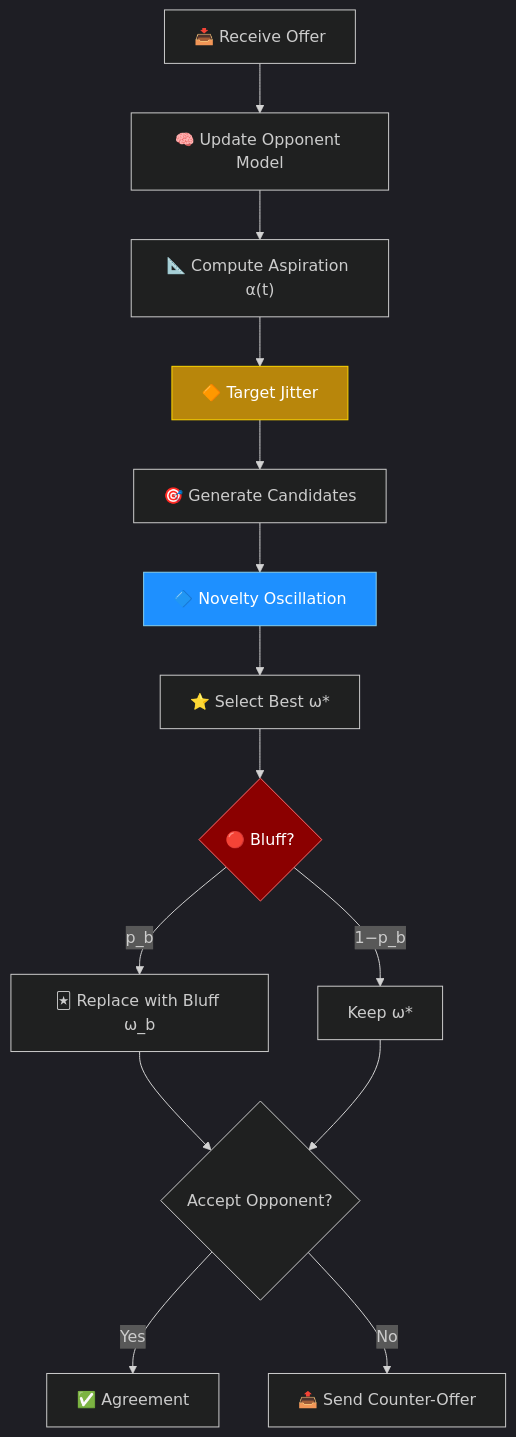
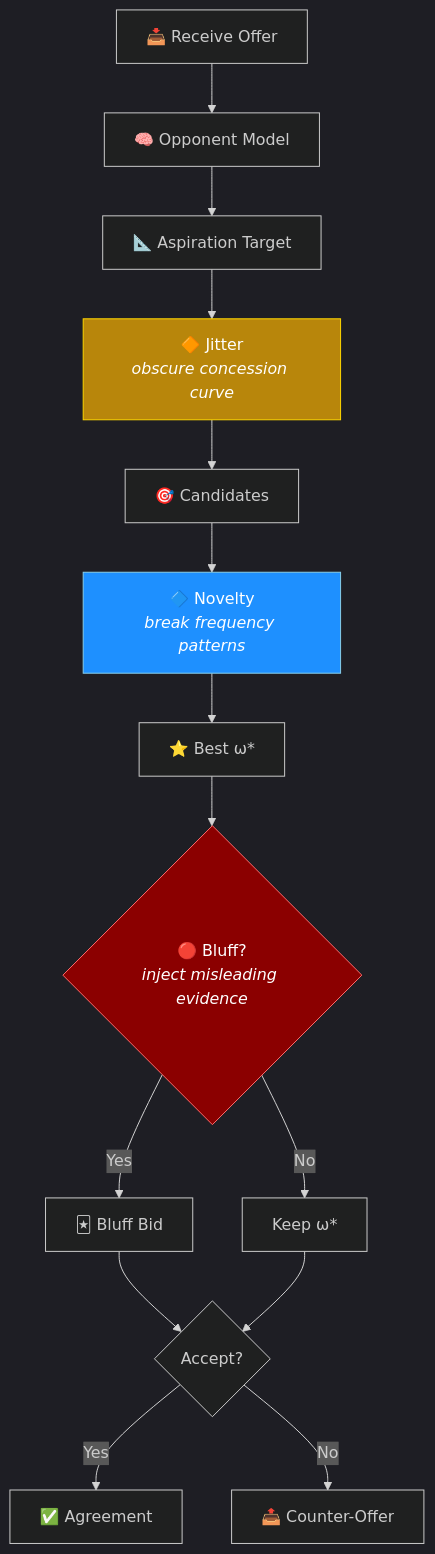
Before and after one commit to celosers/AdaptiveBathNegotiater: the first of 3 diagrams in README.md, drawn with Mermaid. The commit also changed other lines of this file, not shown here.

````diff
--- a/README.md
+++ b/README.md
@@ -11,21 +33,21 @@
 ```mermaid
 %%{init: {'theme': 'dark', 'themeVariables': {'fontSize': '16px'}}}%%
 flowchart TD
-    A["📥 Receive Offer"] --> B["🧠 Update Opponent Model"]
-    B --> C["📐 Compute Aspiration α(t)"]
-    C --> D["🔶 Target Jitter"]
-    D --> E["🎯 Generate Candidates"]
-    E --> F["🔷 Novelty Oscillation"]
-    F --> G["⭐ Select Best ω*"]
-    G --> H{"🔴 Bluff?"}
-    H -->|"p_b"| I["🃏 Replace with Bluff ω_b"]
-    H -->|"1−p_b"| J["Keep ω*"]
-    I --> K{"Accept Opponent?"}
+    A["📥 Receive Offer"] --> B["🧠 Opponent Model"]
+    B --> C["📐 Aspiration Target"]
+    C --> D["🔶 Jitter<br/><i>obscure concession curve</i>"]
+    D --> E["🎯 Candidates"]
+    E --> F["🔷 Novelty<br/><i>break frequency patterns</i>"]
+    F --> G["⭐ Best ω*"]
+    G --> H{"🔴 Bluff?<br/><i>inject misleading evidence</i>"}
+    H -->|Yes| I["🃏 Bluff Bid"]
+    H -->|No| J["Keep ω*"]
+    I --> K{"Accept?"}
     J --> K
-    K -->|"Yes"| L["✅ Agreement"]
-    K -->|"No"| M["📤 Send Counter-Offer"]
+    K -->|Yes| L["✅ Agreement"]
+    K -->|No| M["📤 Counter-Offer"]
 
     style D fill:#b8860b,stroke:#ffd700,color:#fff
     style F fill:#1e90ff,stroke:#87ceeb,color:#fff
     style H fill:#8b0000,stroke:#ff6b6b,color:#fff
 ```
````
